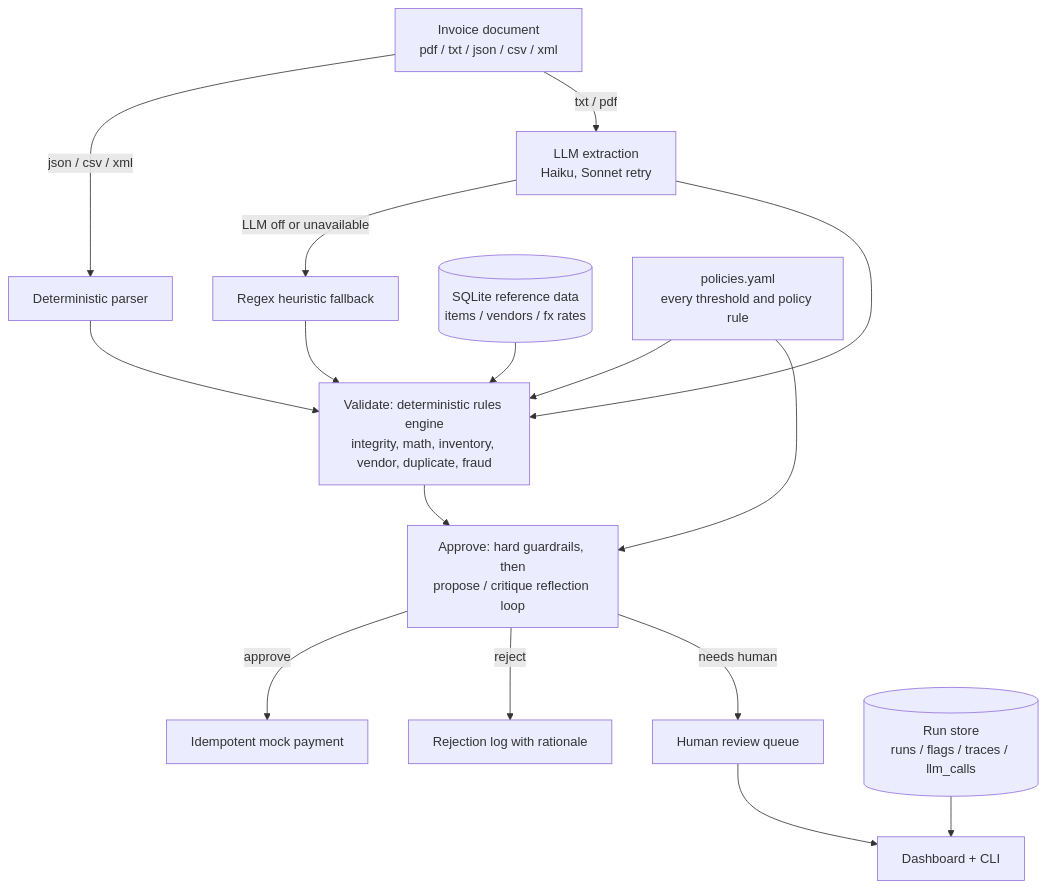
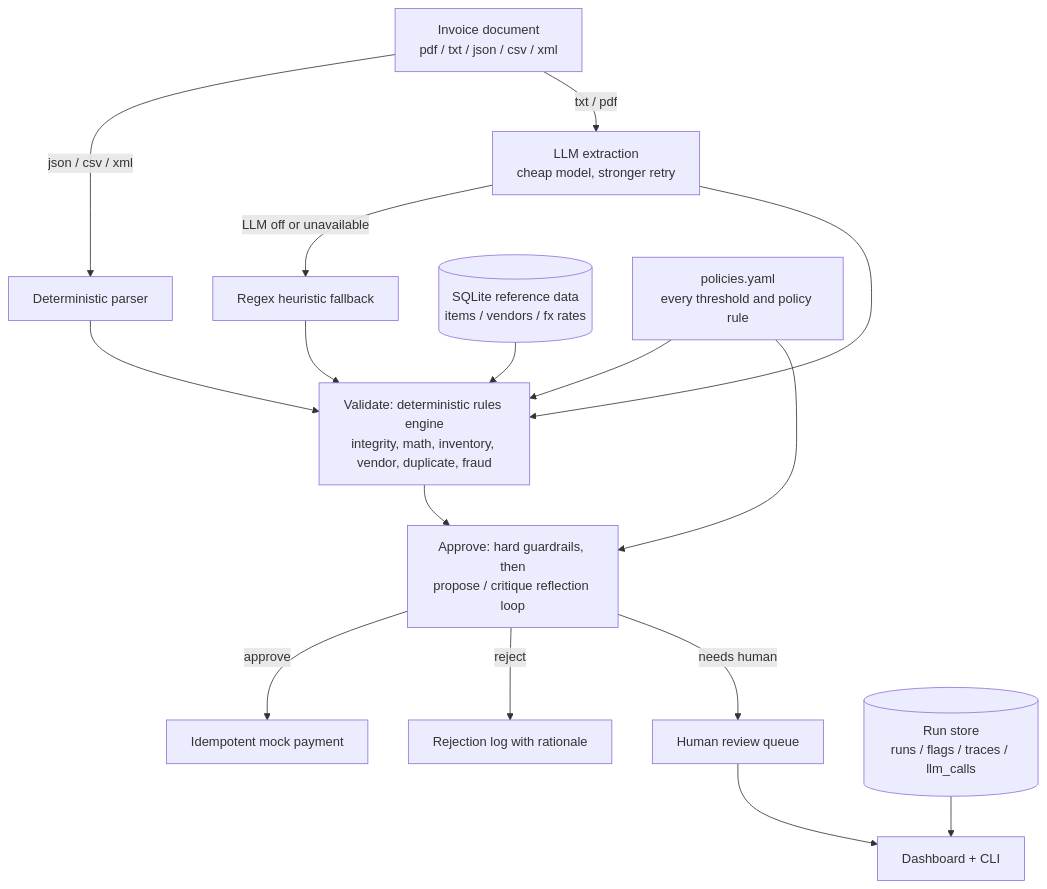
Before and after one commit to promo230/galatiq-case-invoices: the diagram in README.md, drawn with Mermaid. The commit also changed other lines of this file and 2 other files, not shown here.

````diff
--- a/README.md
+++ b/README.md
@@ -99,20 +103,20 @@
 ```mermaid
 flowchart TD
     DOC["Invoice document<br/>pdf / txt / json / csv / xml"]
     DOC -->|"json / csv / xml"| DET["Deterministic parser"]
-    DOC -->|"txt / pdf"| LLME["LLM extraction<br/>Haiku, Sonnet retry"]
+    DOC -->|"txt / pdf"| LLME["LLM extraction<br/>cheap model, stronger retry"]
     LLME -->|"LLM off or unavailable"| HEUR["Regex heuristic fallback"]
     DET --> VAL
     LLME --> VAL
     HEUR --> VAL
     VAL["Validate: deterministic rules engine<br/>integrity, math, inventory, vendor, duplicate, fraud"]
     REF[("SQLite reference data<br/>items / vendors / fx rates")] --> VAL
     POL["policies.yaml<br/>every threshold and policy rule"] --> VAL
     POL --> APR
     VAL --> APR["Approve: hard guardrails, then<br/>propose / critique reflection loop"]
     APR -->|approve| PAY["Idempotent mock payment"]
     APR -->|reject| REJ["Rejection log with rationale"]
     APR -->|needs human| HUM["Human review queue"]
     HUM --> UI
     RUNS[("Run store<br/>runs / flags / traces / llm_calls")] --> UI["Dashboard + CLI"]
 ```
````
